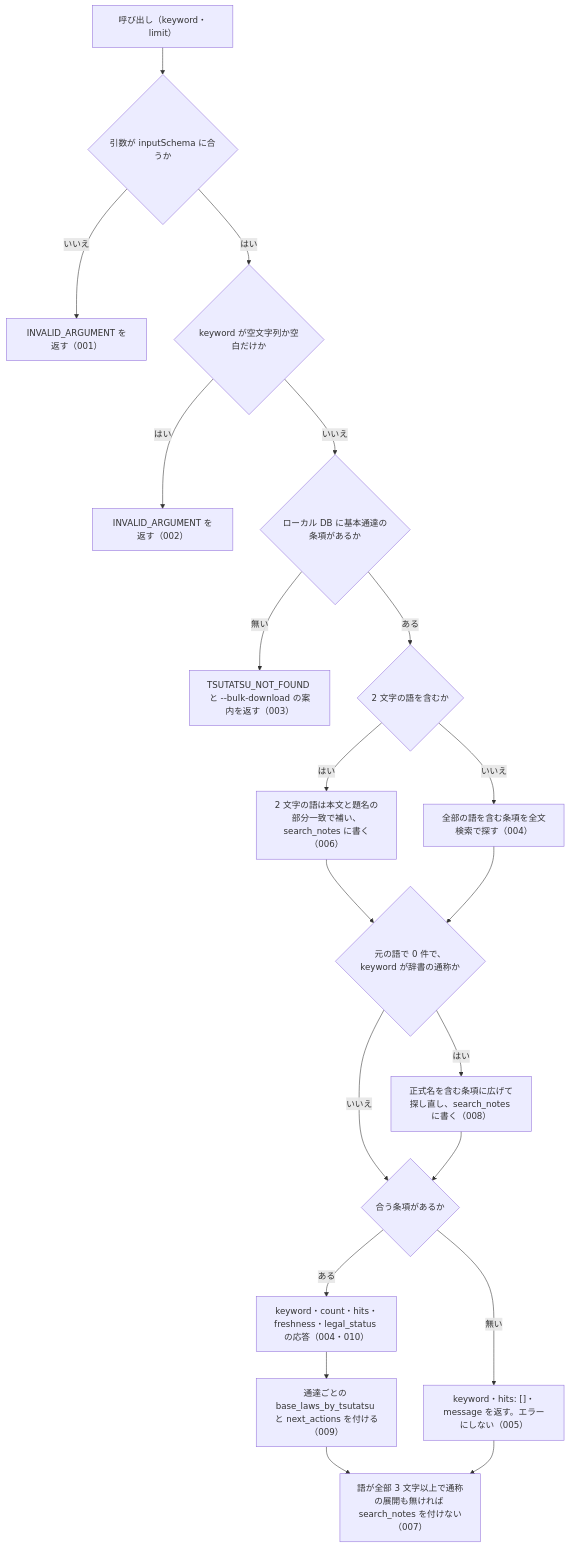
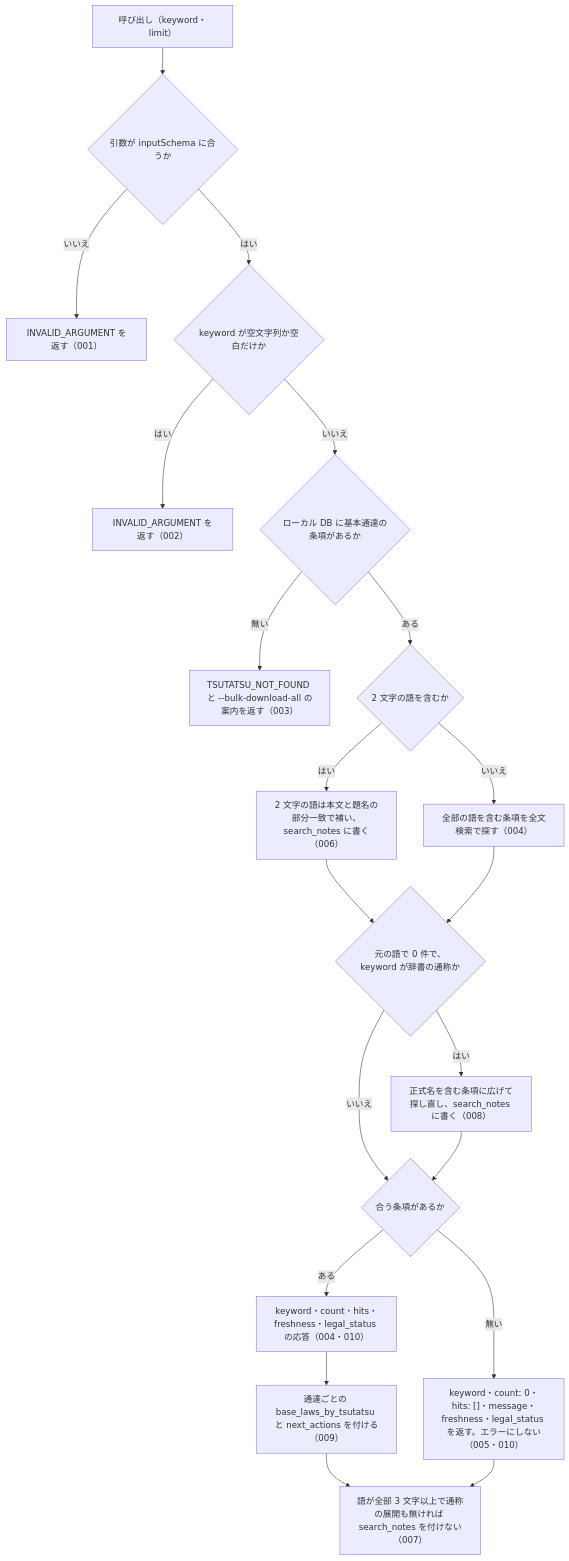
Before and after one commit to shuji-bonji/houki-nta-mcp: the diagram in specs/current/nta_search_tsutatsu/spec.md, drawn with Mermaid. The commit also changed other lines of this file and 30 other files, not shown here.

````diff
--- a/specs/current/nta_search_tsutatsu/spec.md
+++ b/specs/current/nta_search_tsutatsu/spec.md
@@ -28,22 +28,22 @@
 ```mermaid
 flowchart TD
   A["呼び出し（keyword・limit）"] --> B{"引数が inputSchema に合うか"}
   B -- いいえ --> E1["INVALID_ARGUMENT を返す（001）"]
   B -- はい --> C{"keyword が空文字列か空白だけか"}
   C -- はい --> E2["INVALID_ARGUMENT を返す（002）"]
   C -- いいえ --> D{"ローカル DB に基本通達の条項があるか"}
-  D -- 無い --> E3["TSUTATSU_NOT_FOUND と --bulk-download の案内を返す（003）"]
+  D -- 無い --> E3["TSUTATSU_NOT_FOUND と --bulk-download-all の案内を返す（003）"]
   D -- ある --> F{"2 文字の語を含むか"}
   F -- はい --> G["2 文字の語は本文と題名の部分一致で補い、search_notes に書く（006）"]
   F -- いいえ --> H["全部の語を含む条項を全文検索で探す（004）"]
   G --> I{"元の語で 0 件で、keyword が辞書の通称か"}
   H --> I
   I -- はい --> J["正式名を含む条項に広げて探し直し、search_notes に書く（008）"]
   I -- いいえ --> K{"合う条項があるか"}
   J --> K
   K -- ある --> L["keyword・count・hits・freshness・legal_status の応答（004・010）"]
   L --> M["通達ごとの base_laws_by_tsutatsu と next_actions を付ける（009）"]
-  K -- 無い --> N["keyword・hits: []・message を返す。エラーにしない（005）"]
+  K -- 無い --> N["keyword・count: 0・hits: []・message・freshness・legal_status を返す。エラーにしない（005・010）"]
   M --> O["語が全部 3 文字以上で通称の展開も無ければ search_notes を付けない（007）"]
   N --> O
 ```
````
